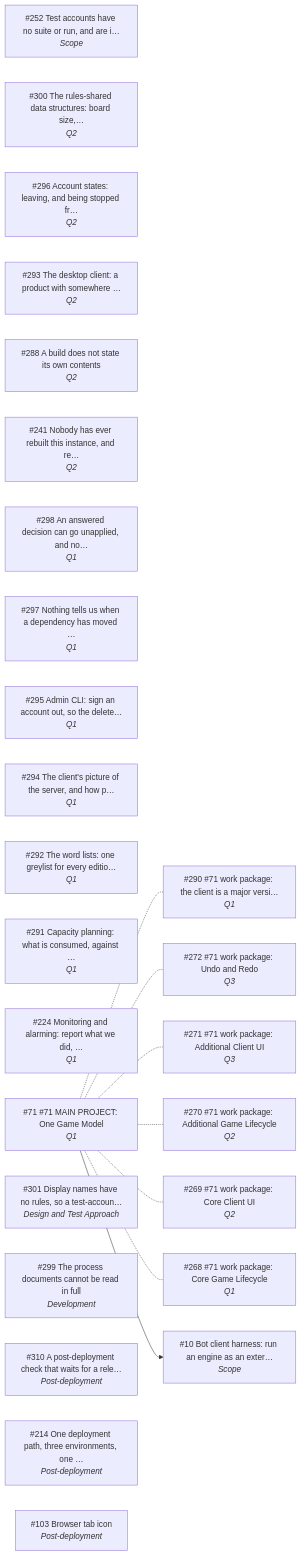
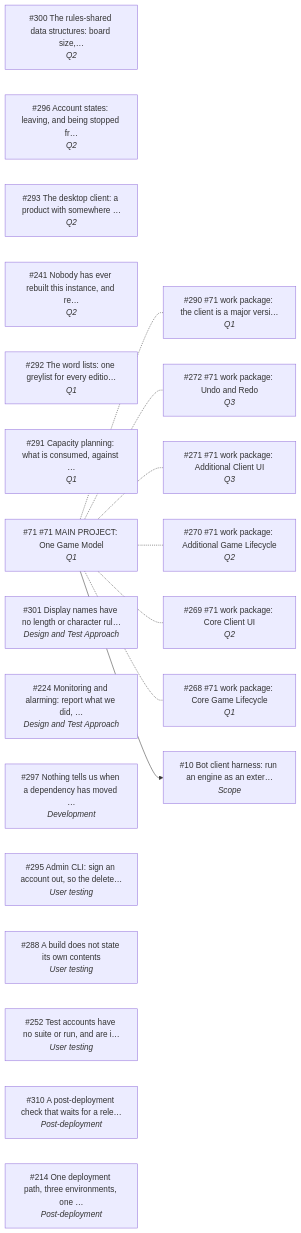
Before and after one commit to SteveStyle/scrabble-px: the diagram in docs/1.5-work-in-progress.md, drawn with Mermaid.

Commit message:
app 0.7.3 api 2.13: regenerate the roadmap after 103, 224, 297 and 332 moved
Refs #299

````diff
--- a/docs/1.5-work-in-progress.md
+++ b/docs/1.5-work-in-progress.md
@@ -21,36 +21,32 @@
 ```mermaid
 flowchart LR
-  n252["#252 Test accounts have no suite or run, and are i…<br/><i>Scope</i>"]
   n10["#10 Bot client harness: run an engine as an exter…<br/><i>Scope</i>"]
   n272["#272 #71 work package: Undo and Redo<br/><i>Q3</i>"]
   n271["#271 #71 work package: Additional Client UI<br/><i>Q3</i>"]
   n300["#300 The rules-shared data structures: board size,…<br/><i>Q2</i>"]
   n296["#296 Account states: leaving, and being stopped fr…<br/><i>Q2</i>"]
   n293["#293 The desktop client: a product with somewhere …<br/><i>Q2</i>"]
-  n288["#288 A build does not state its own contents<br/><i>Q2</i>"]
   n270["#270 #71 work package: Additional Game Lifecycle<br/><i>Q2</i>"]
   n269["#269 #71 work package: Core Client UI<br/><i>Q2</i>"]
   n241["#241 Nobody has ever rebuilt this instance, and re…<br/><i>Q2</i>"]
-  n298["#298 An answered decision can go unapplied, and no…<br/><i>Q1</i>"]
-  n297["#297 Nothing tells us when a dependency has moved …<br/><i>Q1</i>"]
-  n295["#295 Admin CLI: sign an account out, so the delete…<br/><i>Q1</i>"]
-  n294["#294 The client's picture of the server, and how p…<br/><i>Q1</i>"]
   n292["#292 The word lists: one greylist for every editio…<br/><i>Q1</i>"]
   n291["#291 Capacity planning: what is consumed, against …<br/><i>Q1</i>"]
   n290["#290 #71 work package: the client is a major versi…<br/><i>Q1</i>"]
   n268["#268 #71 work package: Core Game Lifecycle<br/><i>Q1</i>"]
-  n224["#224 Monitoring and alarming: report what we did, …<br/><i>Q1</i>"]
   n71["#71 #71 MAIN PROJECT: One Game Model<br/><i>Q1</i>"]
-  n301["#301 Display names have no rules, so a test-accoun…<br/><i>Design and Test Approach</i>"]
-  n299["#299 The process documents cannot be read in full<br/><i>Development</i>"]
+  n301["#301 Display names have no length or character rul…<br/><i>Design and Test Approach</i>"]
+  n224["#224 Monitoring and alarming: report what we did, …<br/><i>Design and Test Approach</i>"]
+  n297["#297 Nothing tells us when a dependency has moved …<br/><i>Development</i>"]
+  n295["#295 Admin CLI: sign an account out, so the delete…<br/><i>User testing</i>"]
+  n288["#288 A build does not state its own contents<br/><i>User testing</i>"]
+  n252["#252 Test accounts have no suite or run, and are i…<br/><i>User testing</i>"]
   n310["#310 A post-deployment check that waits for a rele…<br/><i>Post-deployment</i>"]
   n214["#214 One deployment path, three environments, one …<br/><i>Post-deployment</i>"]
-  n103["#103 Browser tab icon<br/><i>Post-deployment</i>"]
   n71 -.- n290
   n71 -.- n272
   n71 -.- n271
   n71 -.- n270
   n71 -.- n269
   n71 -.- n268
   n71 --> n10
 ```
````
